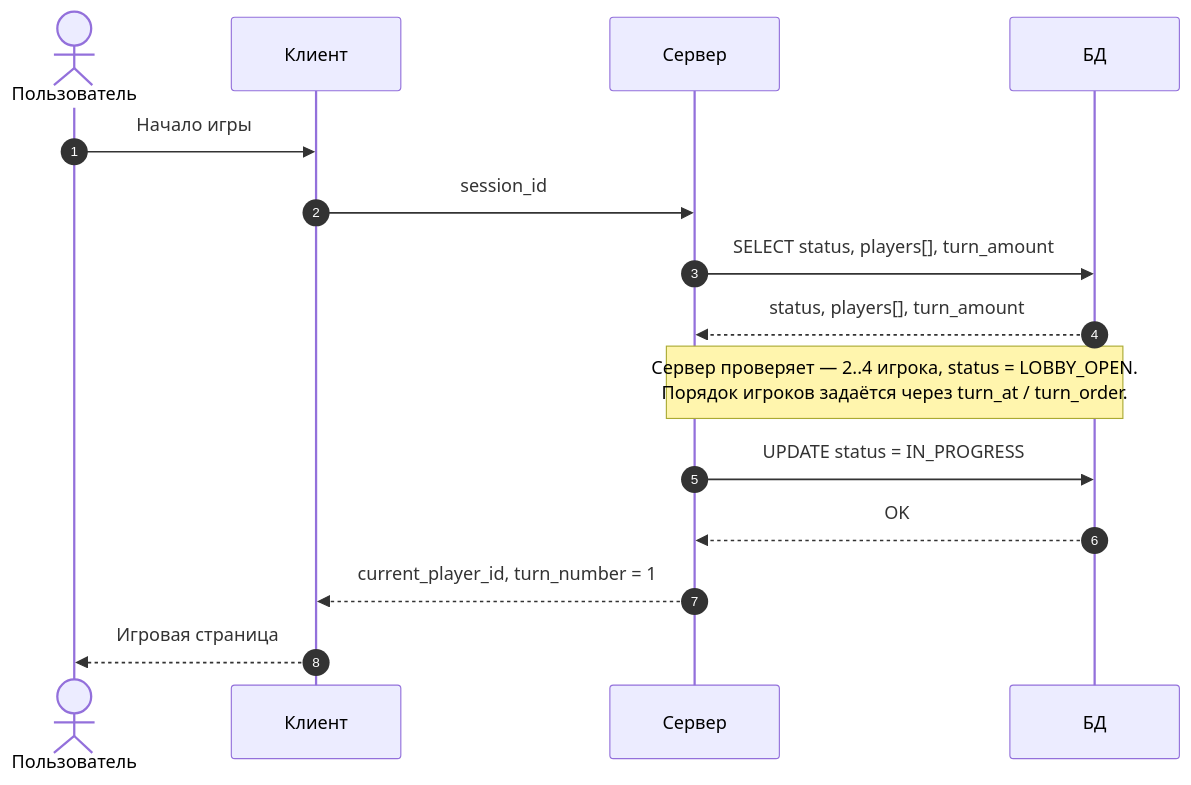
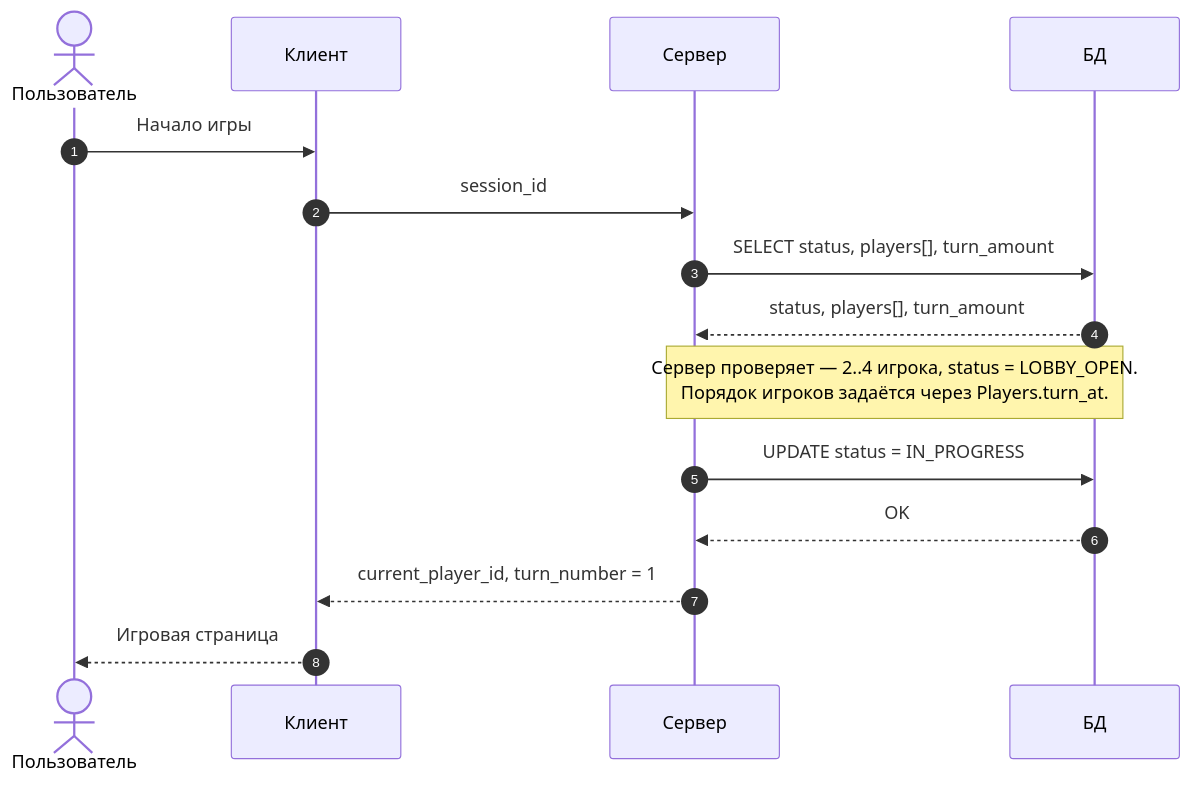
One commit to seventwogth/databases-itmo changed the seventh of 14 diagrams in docs/api-schema.md. Above: the diagram before and after it, drawn with Mermaid. The commit also changed other lines of this file and 2 other files, not shown here.

First line of the commit message:
docs: align SQL functions with real DB schema, add game rules

````diff
--- a/docs/api-schema.md
+++ b/docs/api-schema.md
@@ -131,18 +133,18 @@
 ```mermaid
 sequenceDiagram
     autonumber
     actor U as Пользователь
     participant C as Клиент
     participant S as Сервер
     participant DB as БД
 
     U->>C: Начало игры
     C->>S: session_id
     S->>DB: SELECT status, players[], turn_amount
     DB-->>S: status, players[], turn_amount
-    Note over S,DB: Сервер проверяет — 2..4 игрока, status = LOBBY_OPEN.<br/>Порядок игроков задаётся через turn_at / turn_order.
+    Note over S,DB: Сервер проверяет — 2..4 игрока, status = LOBBY_OPEN.<br/>Порядок игроков задаётся через Players.turn_at.
     S->>DB: UPDATE status = IN_PROGRESS
     DB-->>S: OK
     S-->>C: current_player_id, turn_number = 1
     C-->>U: Игровая страница
 ```
````
